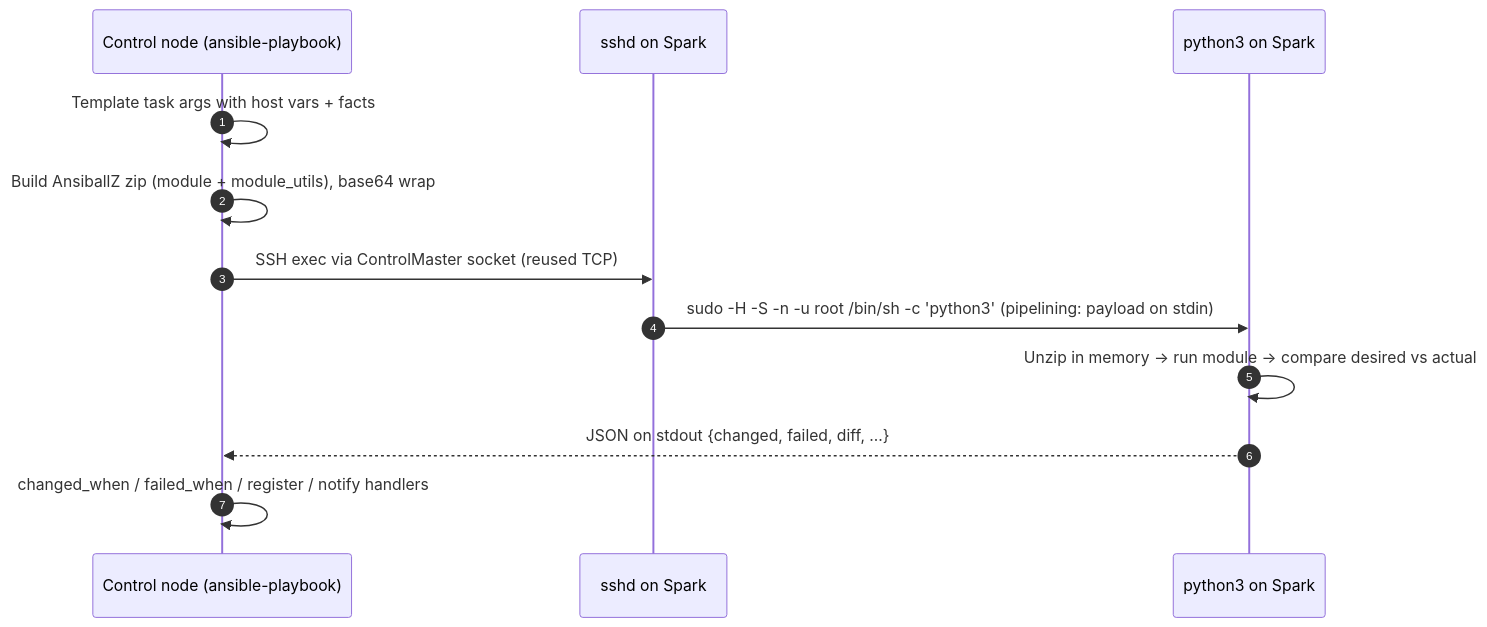
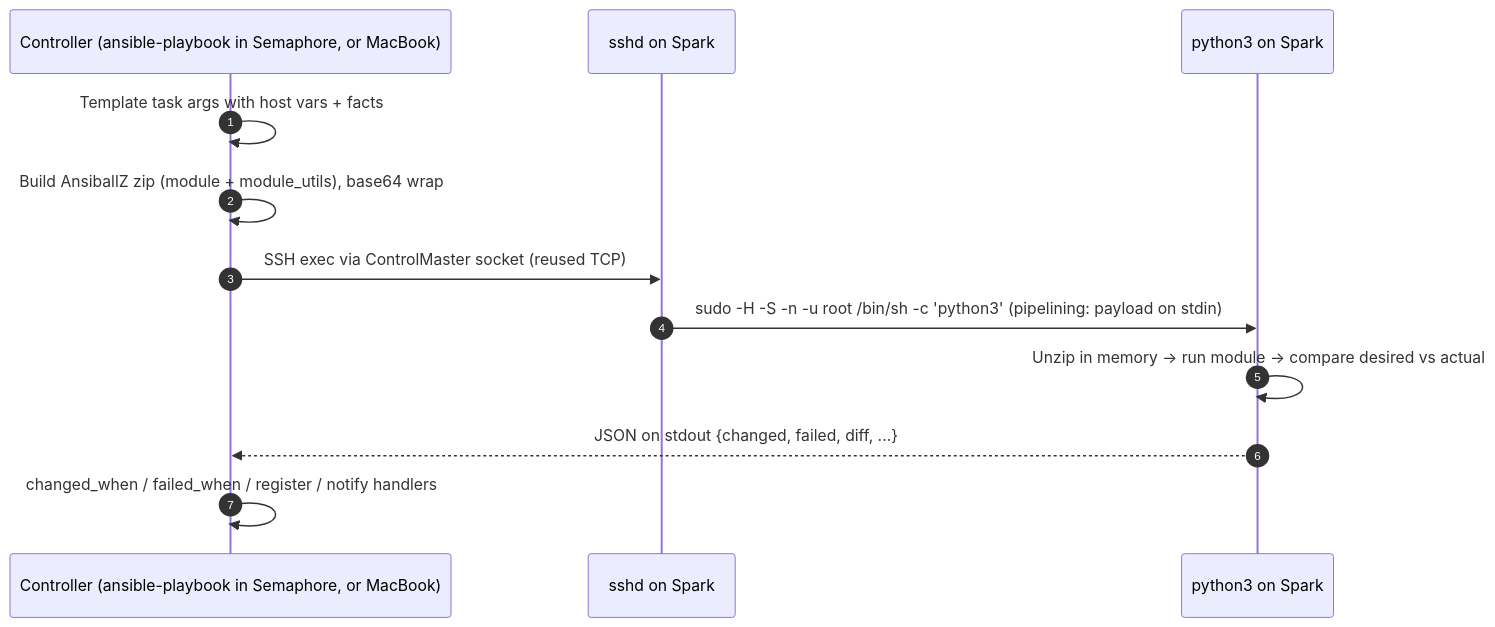
One commit to cloudone365/technical-depth changed the first of 2 diagrams in 01 Ansible/01-ansible-core-engine-and-execution-internals.md. Above: the diagram before and after it, drawn with Mermaid. The commit also changed other lines of this file and 37 other files, not shown here.

````diff
--- a/01 Ansible/01-ansible-core-engine-and-execution-internals.md
+++ b/01 Ansible/01-ansible-core-engine-and-execution-internals.md
@@ -16,14 +16,14 @@
 ```mermaid
 sequenceDiagram
   autonumber
-  participant C as Control node (ansible-playbook)
+  participant C as Controller (ansible-playbook in Semaphore, or MacBook)
   participant S as sshd on Spark
   participant P as python3 on Spark
   C->>C: Template task args with host vars + facts
   C->>C: Build AnsiballZ zip (module + module_utils), base64 wrap
   C->>S: SSH exec via ControlMaster socket (reused TCP)
   S->>P: sudo -H -S -n -u root /bin/sh -c 'python3'   (pipelining: payload on stdin)
   P->>P: Unzip in memory → run module → compare desired vs actual
   P-->>C: JSON on stdout {changed, failed, diff, ...}
   C->>C: changed_when / failed_when / register / notify handlers
 ```
````
